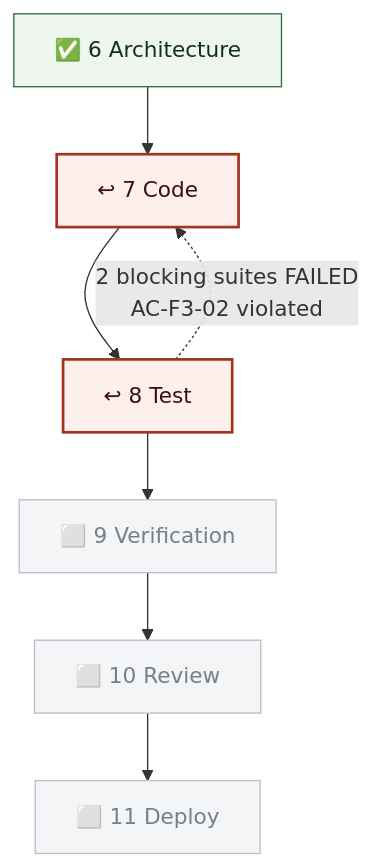
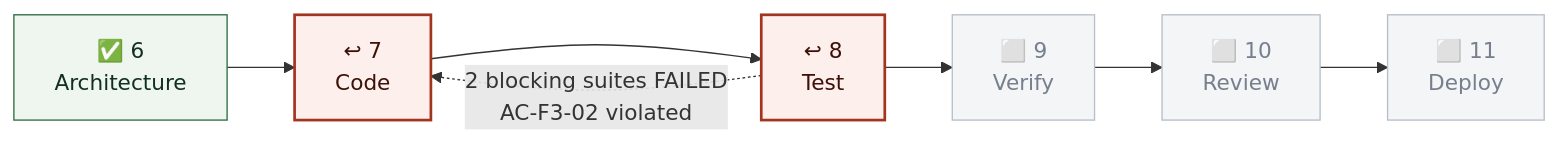
Before and after one commit to tandonakhil/AICluadeCode: the third of 7 diagrams in admin/samples/PIPELINE_WALKTHROUGH.md, drawn with Mermaid. The commit also changed other lines of this file and 7 other files, not shown here.

First line of the commit message:
Pipeline visibility: /ProjectStatus, portfolio graphs, LR layout, mandatory report-out

````diff
--- a/admin/samples/PIPELINE_WALKTHROUGH.md
+++ b/admin/samples/PIPELINE_WALKTHROUGH.md
@@ -228,13 +228,13 @@
 ```mermaid
-flowchart TD
-  G6["✅ 6 Architecture"] --> G7["↩ 7 Code"] --> G8["↩ 8 Test"]
+flowchart LR
+  G6["✅ 6<br/>Architecture"] --> G7["↩ 7<br/>Code"] --> G8["↩ 8<br/>Test"]
   G8 -.->|"2 blocking suites FAILED<br/>AC-F3-02 violated"| G7
-  G8 --> G9["⬜ 9 Verification"] --> G10["⬜ 10 Review"] --> G11["⬜ 11 Deploy"]
+  G8 --> G9["⬜ 9<br/>Verify"] --> G10["⬜ 10<br/>Review"] --> G11["⬜ 11<br/>Deploy"]
 
   classDef done    fill:#eef6ef,stroke:#2f6f43,color:#123021
   classDef looped  fill:#fdf0ec,stroke:#a3341f,stroke-width:2px,color:#3d1109
   classDef pending fill:#f4f5f7,stroke:#b8bfc9,color:#767f8d
   class G6 done
   class G7,G8 looped
   class G9,G10,G11 pending
 ```
````
